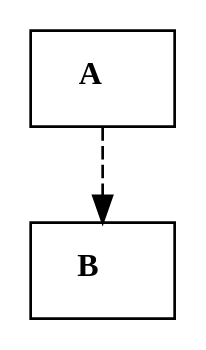
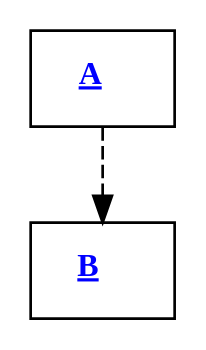
One commit to ryepup/c4-lab changed the diagram in src/core/samples/edge-from-child-to-child.dot. Above: the diagram before and after it, drawn with Graphviz. The commit also changed 4 other files, not shown here.

```diff
--- a/src/core/samples/edge-from-child-to-child.dot
+++ b/src/core/samples/edge-from-child-to-child.dot
@@ -1,14 +1,14 @@
 digraph g {
   compound=true
   node[fontsize=12]
   edge[fontsize=12]
 
   g0 [shape="box" href="#!/?zoom=7fc56270e7a70fa81a5935b72eacbe29" tooltip="See more details about A" label=<
-<b>A</b>
+<font color="blue"><u><b>A</b></u></font>
   >]
   g1 [shape="box" href="#!/?zoom=9d5ed678fe57bcca610140957afab571" tooltip="See more details about B" label=<
-<b>B</b>
+<font color="blue"><u><b>B</b></u></font>
   >]
 
   g0 -> g1 [style="dashed"]
 }
```
